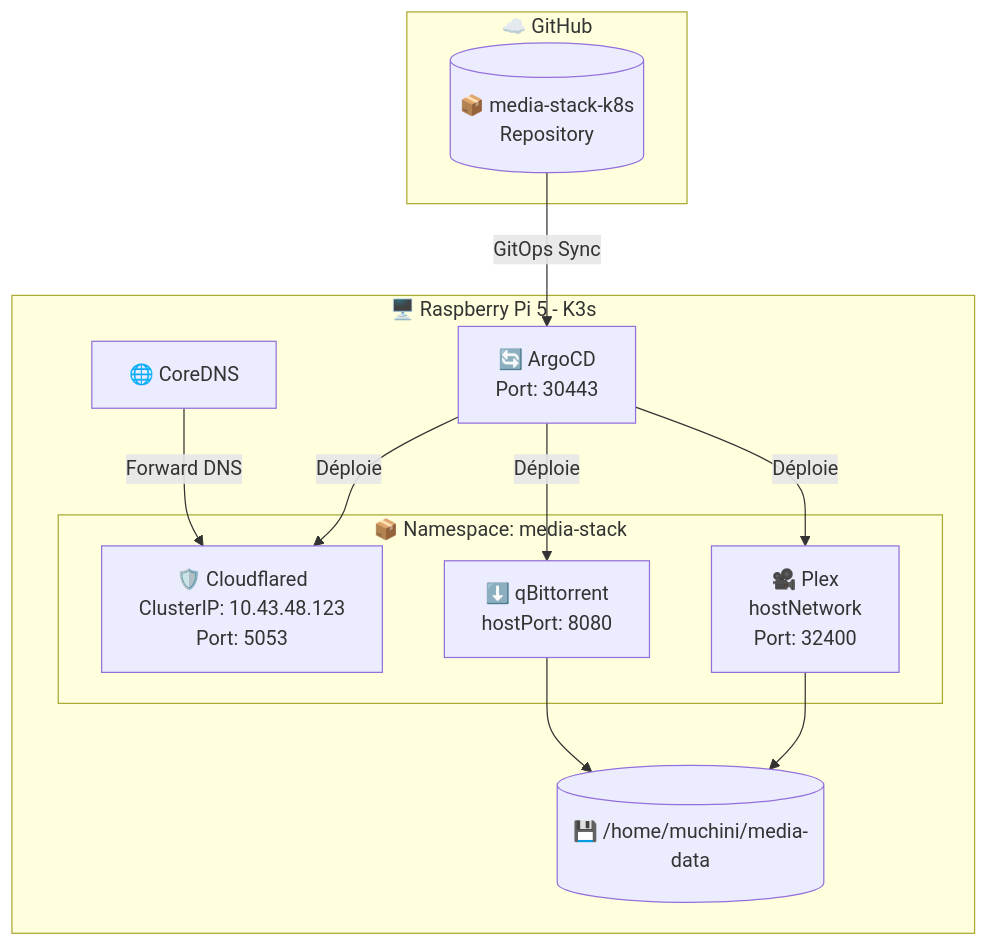
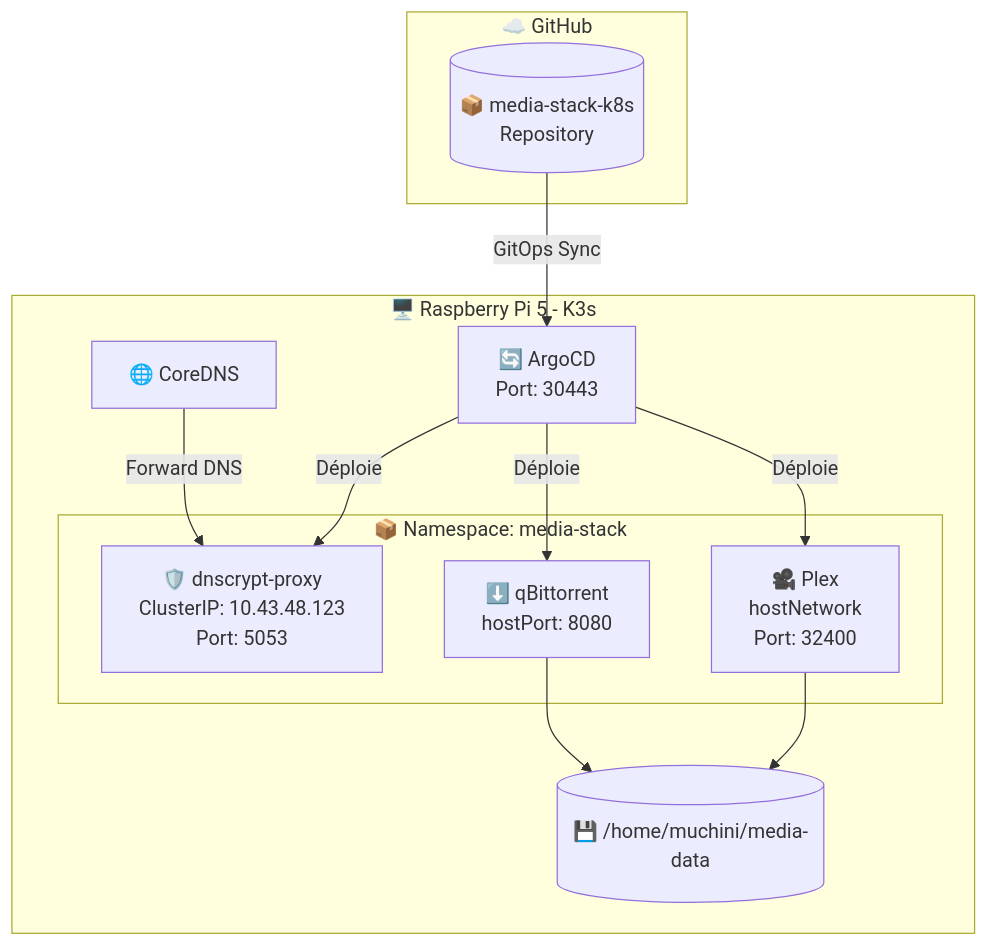
One commit to muchiny/media-stack-k8s changed the first of 6 diagrams in CLAUDE.md. Above: the diagram before and after it, drawn with Mermaid. The commit also changed other lines of this file and 24 other files, not shown here.

First line of the commit message:
feat: Replace cloudflared with dnscrypt-proxy

````diff
--- a/CLAUDE.md
+++ b/CLAUDE.md
@@ -36,27 +36,27 @@
 ```mermaid
 graph TB
     subgraph "☁️ GitHub"
         Repo[(📦 media-stack-k8s<br/>Repository)]
     end
 
     subgraph "🖥️ Raspberry Pi 5 - K3s"
         ArgoCD[🔄 ArgoCD<br/>Port: 30443]
 
         subgraph "📦 Namespace: media-stack"
-            CF[🛡️ Cloudflared<br/>ClusterIP: 10.43.48.123<br/>Port: 5053]
+            CF[🛡️ dnscrypt-proxy<br/>ClusterIP: 10.43.48.123<br/>Port: 5053]
             Plex[🎥 Plex<br/>hostNetwork<br/>Port: 32400]
             QB[⬇️ qBittorrent<br/>hostPort: 8080]
         end
 
         CoreDNS[🌐 CoreDNS]
         Storage[(💾 /home/muchini/media-data)]
     end
 
     Repo -->|"GitOps Sync"| ArgoCD
     ArgoCD -->|"Déploie"| CF
     ArgoCD -->|"Déploie"| Plex
     ArgoCD -->|"Déploie"| QB
     CoreDNS -->|"Forward DNS"| CF
     Plex --> Storage
     QB --> Storage
 ```
````
